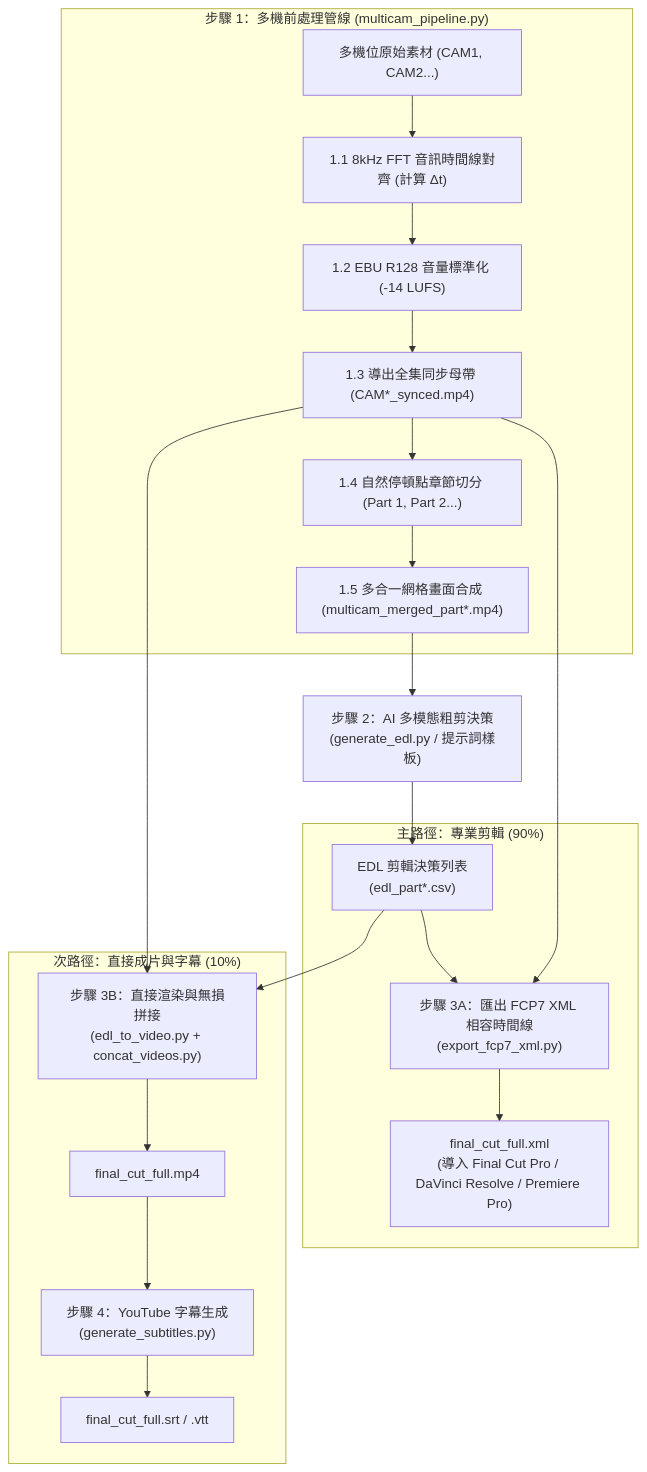
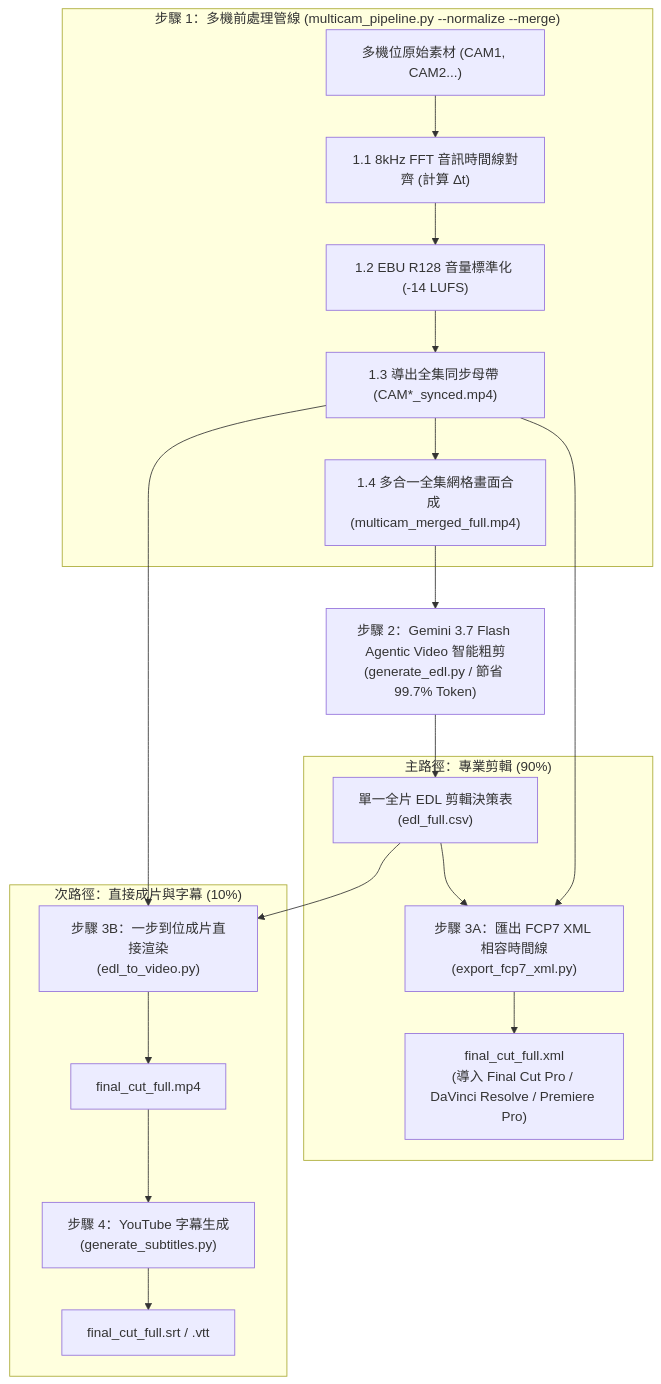
The diagram in README.zh-TW.md (sylphlin/multicam-video-preprocessing), drawn with Mermaid before and after one commit. The commit also changed other lines of this file and 13 other files, not shown here.

Commit message:
feat: re-architect pipeline to native Gemini 3.7 Flash Agentic Video zero-split workflow

````diff
--- a/README.zh-TW.md
+++ b/README.zh-TW.md
@@ -57,27 +55,26 @@
 ```mermaid
 flowchart TD
-    subgraph S1["步驟 1：多機前處理管線 (multicam_pipeline.py)"]
+    subgraph S1["步驟 1：多機前處理管線 (multicam_pipeline.py --normalize --merge)"]
         A["多機位原始素材 (CAM1, CAM2...)"] --> S1_1["1.1 8kHz FFT 音訊時間線對齊 (計算 Δt)"]
         S1_1 --> S1_2["1.2 EBU R128 音量標準化 (-14 LUFS)"]
         S1_2 --> S1_3["1.3 導出全集同步母帶 (CAM*_synced.mp4)"]
-        S1_3 --> S1_4["1.4 自然停頓點章節切分 (Part 1, Part 2...)"]
-        S1_4 --> S1_5["1.5 多合一網格畫面合成 (multicam_merged_part*.mp4)"]
+        S1_3 --> S1_4["1.4 多合一全集網格畫面合成 (multicam_merged_full.mp4)"]
     end
 
-    S1_5 --> S2["步驟 2：AI 多模態粗剪決策<br/>(generate_edl.py / 提示詞樣板)"]
-    S2 --> EDL["EDL 剪輯決策列表<br/>(edl_part*.csv)"]
+    S1_4 --> S2["步驟 2：Gemini 3.7 Flash Agentic Video 智能粗剪<br/>(generate_edl.py / 節省 99.7% Token)"]
+    S2 --> EDL["單一全片 EDL 剪輯決策表<br/>(edl_full.csv)"]
 
     subgraph S3A["主路徑：專業剪輯 (90%)"]
         S1_3 --> S3A_ACT["步驟 3A：匯出 FCP7 XML 相容時間線<br/>(export_fcp7_xml.py)"]
         EDL --> S3A_ACT
         S3A_ACT --> XML["final_cut_full.xml<br/>(導入 Final Cut Pro / DaVinci Resolve / Premiere Pro)"]
     end
 
     subgraph S3B["次路徑：直接成片與字幕 (10%)"]
-        S1_3 --> S3B_ACT["步驟 3B：直接渲染與無損拼接<br/>(edl_to_video.py + concat_videos.py)"]
+        S1_3 --> S3B_ACT["步驟 3B：一步到位成片直接渲染<br/>(edl_to_video.py)"]
         EDL --> S3B_ACT
         S3B_ACT --> MP4["final_cut_full.mp4"]
         MP4 --> S4["步驟 4：YouTube 字幕生成<br/>(generate_subtitles.py)"]
         S4 --> SRT["final_cut_full.srt / .vtt"]
     end
 ```
````
